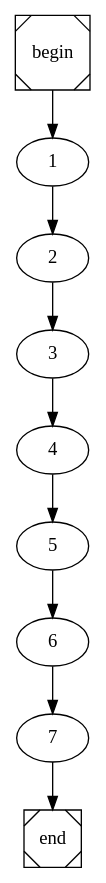
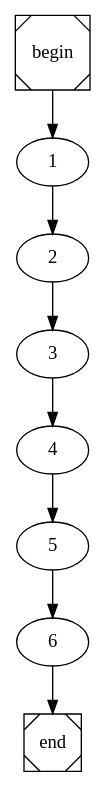
Before and after one commit to nunores/Java-Compiler: the diagram in main.dot, drawn with Graphviz. The commit also changed 6 other files, not shown here.

```diff
--- a/main.dot
+++ b/main.dot
@@ -1,4 +1,4 @@
 digraph cfg {
 	begin [shape=Msquare];
 	end [shape=Msquare];
-	begin -> 1;	1 -> 2;	2 -> 3;	3 -> 4;	4 -> 5;	5 -> 6;	6 -> 7;	7 -> end;}
+	begin -> 1;	1 -> 2;	2 -> 3;	3 -> 4;	4 -> 5;	5 -> 6;	6 -> end;}
```
